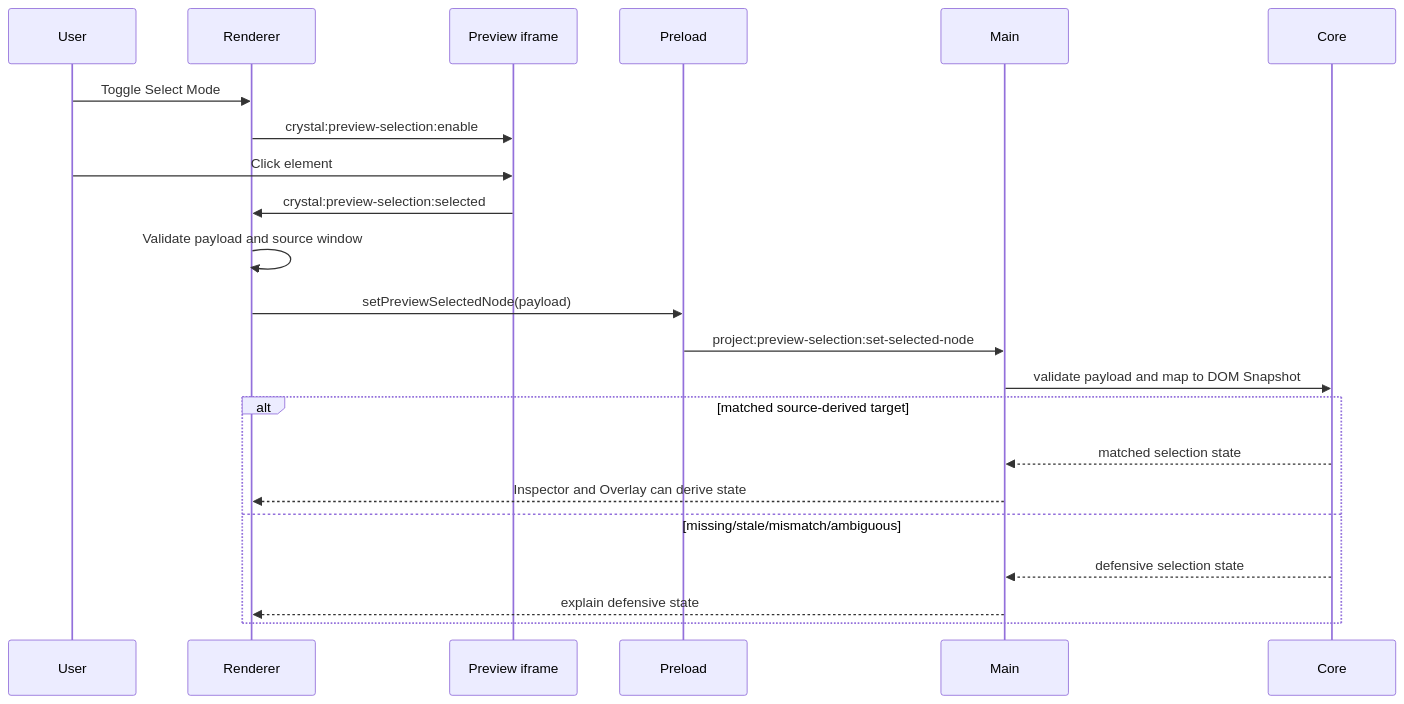
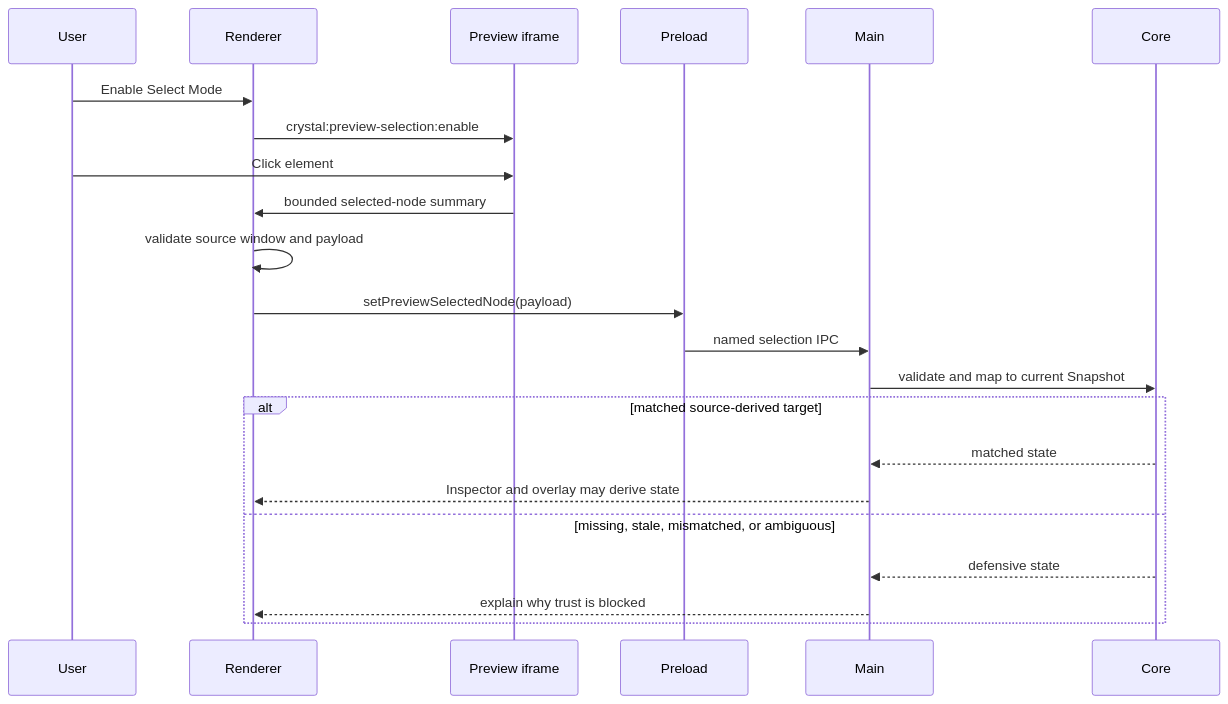
The diagram in docs/architecture/diagrams/preview-selection-sequence.md (krestosa/Crystal), drawn with Mermaid before and after one commit. The commit also changed other lines of this file and 60 other files, not shown here.

````diff
--- a/docs/architecture/diagrams/preview-selection-sequence.md
+++ b/docs/architecture/diagrams/preview-selection-sequence.md
@@ -54,25 +13,24 @@
 ```mermaid
 sequenceDiagram
   participant User
   participant Renderer
-  participant Iframe as Preview iframe
+  participant Frame as Preview iframe
   participant Preload
   participant Main
   participant Core
-
-  User->>Renderer: Toggle Select Mode
-  Renderer->>Iframe: crystal:preview-selection:enable
-  User->>Iframe: Click element
-  Iframe->>Renderer: crystal:preview-selection:selected
-  Renderer->>Renderer: Validate payload and source window
+  User->>Renderer: Enable Select Mode
+  Renderer->>Frame: crystal:preview-selection:enable
+  User->>Frame: Click element
+  Frame->>Renderer: bounded selected-node summary
+  Renderer->>Renderer: validate source window and payload
   Renderer->>Preload: setPreviewSelectedNode(payload)
-  Preload->>Main: project:preview-selection:set-selected-node
-  Main->>Core: validate payload and map to DOM Snapshot
+  Preload->>Main: named selection IPC
+  Main->>Core: validate and map to current Snapshot
   alt matched source-derived target
-    Core-->>Main: matched selection state
-    Main-->>Renderer: Inspector and Overlay can derive state
-  else missing/stale/mismatch/ambiguous
-    Core-->>Main: defensive selection state
-    Main-->>Renderer: explain defensive state
+    Core-->>Main: matched state
+    Main-->>Renderer: Inspector and overlay may derive state
+  else missing, stale, mismatched, or ambiguous
+    Core-->>Main: defensive state
+    Main-->>Renderer: explain why trust is blocked
   end
 ```
````
